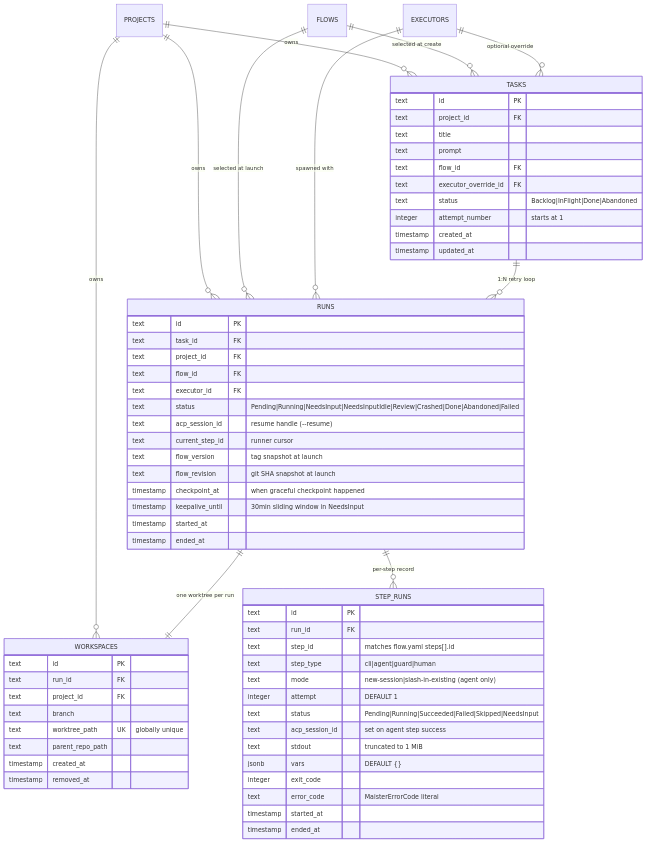
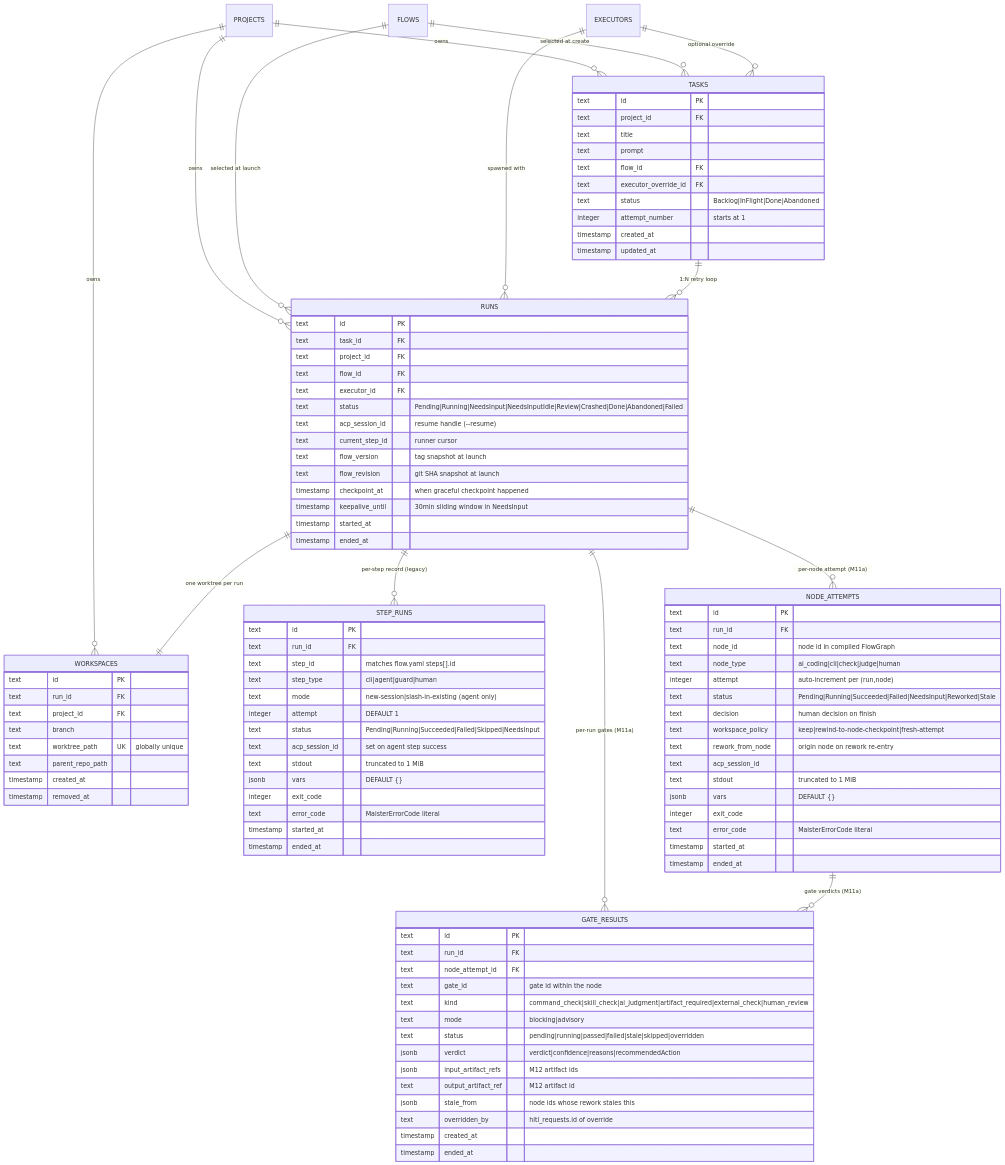
The diagram in docs/db/runs-domain.md (maister-dev/maister), drawn with Mermaid before and after one commit. The commit also changed other lines of this file and 17 other files, not shown here.

First line of the commit message:
docs(m11a): graph/ledger/gate ADRs + analytics + ERD + flow-dsl

````diff
--- a/docs/db/runs-domain.md
+++ b/docs/db/runs-domain.md
@@ -17,7 +17,10 @@
     EXECUTORS ||--o{ RUNS : "spawned with"
     TASKS ||--o{ RUNS : "1:N retry loop"
     RUNS ||--|| WORKSPACES : "one worktree per run"
-    RUNS ||--o{ STEP_RUNS : "per-step record"
+    RUNS ||--o{ STEP_RUNS : "per-step record (legacy)"
+    RUNS ||--o{ NODE_ATTEMPTS : "per-node attempt (M11a)"
+    RUNS ||--o{ GATE_RESULTS : "per-run gates (M11a)"
+    NODE_ATTEMPTS ||--o{ GATE_RESULTS : "gate verdicts (M11a)"
 
     TASKS {
         text id PK
@@ -76,4 +79,40 @@
         timestamp started_at
         timestamp ended_at
     }
+
+    NODE_ATTEMPTS {
+        text id PK
+        text run_id FK
+        text node_id "node id in compiled FlowGraph"
+        text node_type "ai_coding|cli|check|judge|human"
+        integer attempt "auto-increment per (run,node)"
+        text status "Pending|Running|Succeeded|Failed|NeedsInput|Reworked|Stale"
+        text decision "human decision on finish"
+        text workspace_policy "keep|rewind-to-node-checkpoint|fresh-attempt"
+        text rework_from_node "origin node on rework re-entry"
+        text acp_session_id
+        text stdout "truncated to 1 MiB"
+        jsonb vars "DEFAULT {}"
+        integer exit_code
+        text error_code "MaisterErrorCode literal"
+        timestamp started_at
+        timestamp ended_at
+    }
+
+    GATE_RESULTS {
+        text id PK
+        text run_id FK
+        text node_attempt_id FK
+        text gate_id "gate id within the node"
+        text kind "command_check|skill_check|ai_judgment|artifact_required|external_check|human_review"
+        text mode "blocking|advisory"
+        text status "pending|running|passed|failed|stale|skipped|overridden"
+        jsonb verdict "verdict|confidence|reasons|recommendedAction"
+        jsonb input_artifact_refs "M12 artifact ids"
+        text output_artifact_ref "M12 artifact id"
+        jsonb stale_from "node ids whose rework stales this"
+        text overridden_by "hitl_requests.id of override"
+        timestamp created_at
+        timestamp ended_at
+    }
 ```
````
